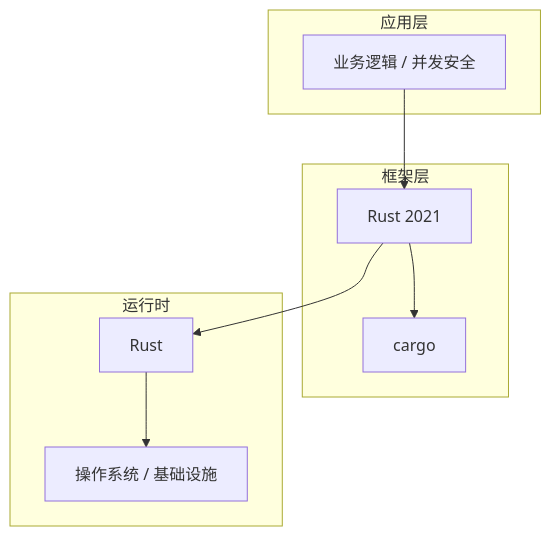
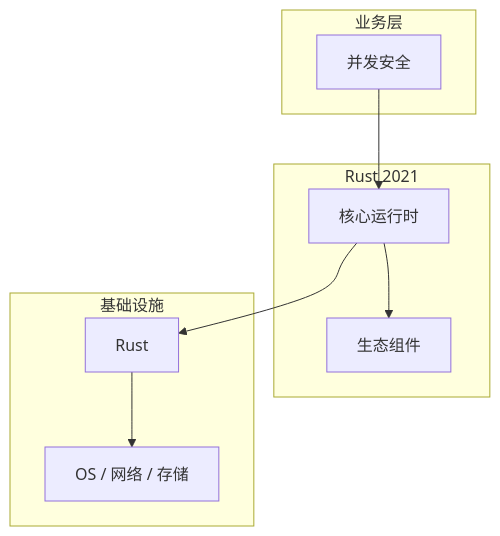
The diagram in articles/Rust语言/chapters/083-并发安全核心概念与原理.md (yanggan2015/knowledge-json-v2), drawn with Mermaid before and after one commit. The commit also changed other lines of this file and 10127 other files, not shown here.

````diff
--- a/articles/Rust语言/chapters/083-并发安全核心概念与原理.md
+++ b/articles/Rust语言/chapters/083-并发安全核心概念与原理.md
@@ -45,18 +34,18 @@
 ```mermaid
 graph TB
-    subgraph 应用层
-        A[业务逻辑 / 并发安全]
+    subgraph 业务层
+        A[并发安全]
     end
-    subgraph 框架层
-        B[Rust 2021]
-        C[cargo]
+    subgraph Rust 2021
+        B[核心运行时]
+        C[生态组件]
     end
-    subgraph 运行时
+    subgraph 基础设施
         D[Rust]
-        E[操作系统 / 基础设施]
+        E[OS / 网络 / 存储]
     end
     A --> B
     B --> C
     B --> D
     D --> E
 ```
````
